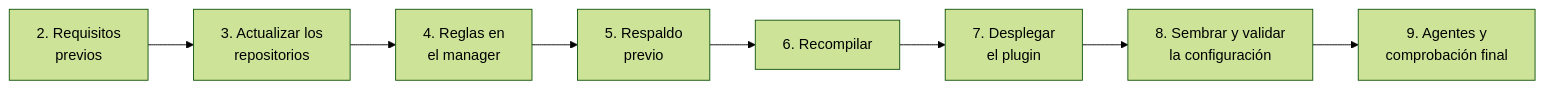
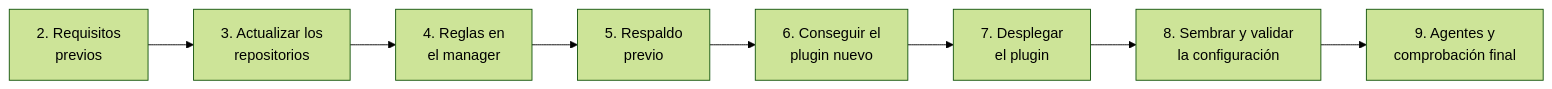
The diagram in docs/deployment/02-updating-an-existing-environment.md (arseniteio/power-ens), drawn with Mermaid (forest theme) before and after one commit. The commit also changed other lines of this file and 9 other files, not shown here.

````diff
--- a/docs/deployment/02-updating-an-existing-environment.md
+++ b/docs/deployment/02-updating-an-existing-environment.md
@@ -17,10 +17,10 @@
 ```mermaid
 flowchart LR
   A["2. Requisitos<br/>previos"] --> B["3. Actualizar los<br/>repositorios"]
   B --> C["4. Reglas en<br/>el manager"]
   C --> D["5. Respaldo<br/>previo"]
-  D --> E["6. Recompilar"]
+  D --> E["6. Conseguir el<br/>plugin nuevo"]
   E --> F["7. Desplegar<br/>el plugin"]
   F --> G["8. Sembrar y validar<br/>la configuración"]
   G --> H["9. Agentes y<br/>comprobación final"]
 ```
````
